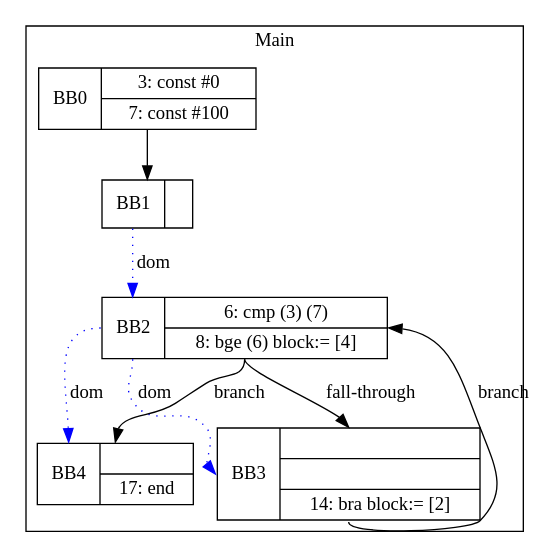
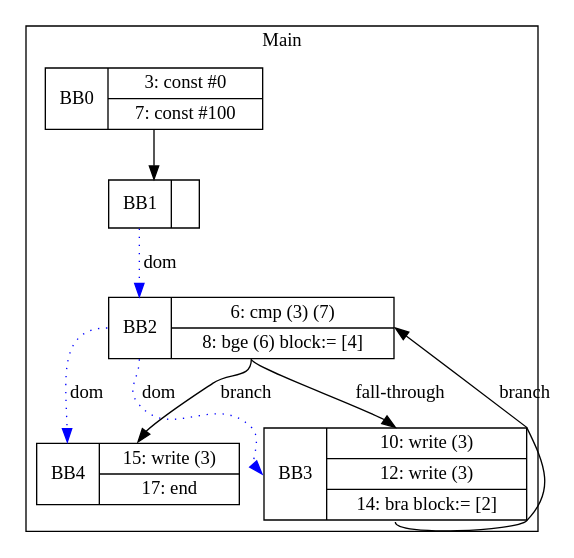
One commit to zjc664656505/UCI-CS241-Advanced-Compiler-main changed the diagram in visualization/phillip/copyPropagationWithLoopPhis/midBlockCopy.gv. Above: the diagram before and after it, drawn with Graphviz. The commit also changed 26 other files, not shown here.

```diff
--- a/visualization/phillip/copyPropagationWithLoopPhis/midBlockCopy.gv
+++ b/visualization/phillip/copyPropagationWithLoopPhis/midBlockCopy.gv
@@ -1,18 +1,18 @@
 digraph G {
 node [shape=record];
 subgraph cluster_main{
 label = "Main";
 BB0 [shape=record, label="<b>BB0|{3: const #0|7: const #100}"];
 BB1 [shape=record, label="<b>BB1|}"];
 BB2 [shape=record, label="<b>BB2|{6: cmp (3) (7)|8: bge (6) block:= [4]}"];
-BB3 [shape=record, label="<b>BB3|{||14: bra block:= [2]}"];
-BB4 [shape=record, label="<b>BB4|{|17: end}"];
+BB3 [shape=record, label="<b>BB3|{10: write (3)|12: write (3)|14: bra block:= [2]}"];
+BB4 [shape=record, label="<b>BB4|{15: write (3)|17: end}"];
 }
 BB0:s -> BB1:n ;
 BB2:b -> BB3:b [color=blue, style=dotted, label="dom"];
 BB2:b -> BB4:b [color=blue, style=dotted, label="dom"];
 BB1:b -> BB2:b [color=blue, style=dotted, label="dom"];
 BB2:s -> BB4:n [label="branch"];
 BB3:s -> BB2:e [label="branch"];
 BB2:s -> BB3:n [label="fall-through"];
 }
```
